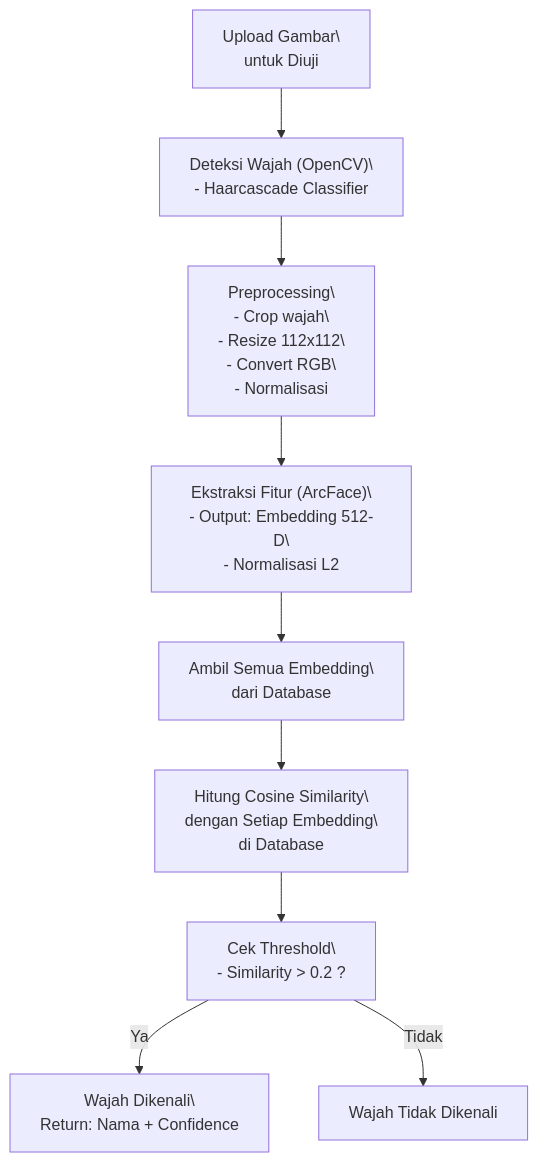
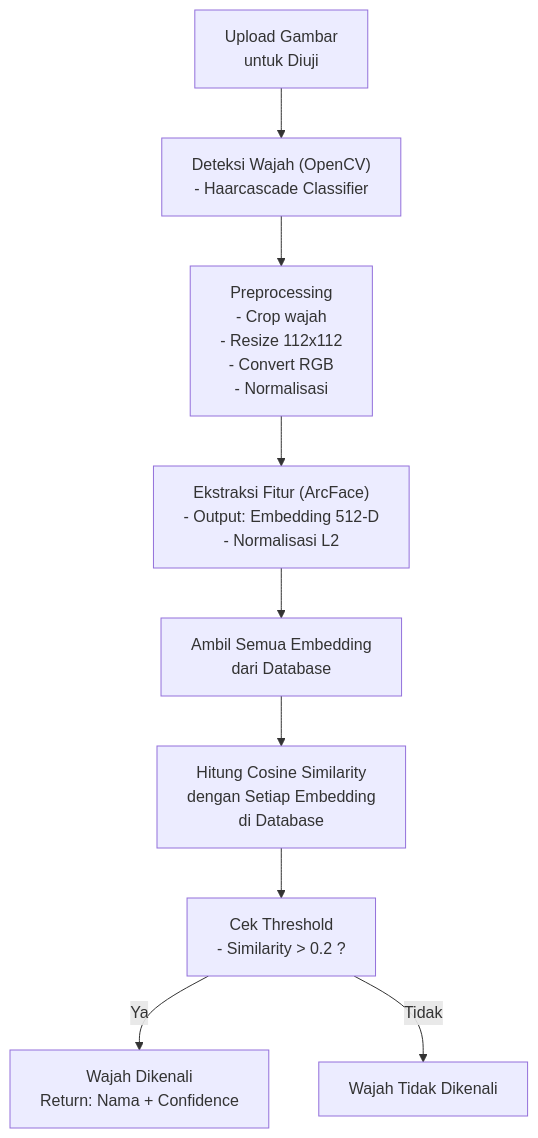
One commit to FridhaMegantaraPutra/facerecognition_arcface changed the diagram in README.md. Above: the diagram before and after it, drawn with Mermaid.

````diff
--- a/README.md
+++ b/README.md
@@ -84,14 +84,15 @@
 ```mermaid
 flowchart TD
-    A["Upload Gambar\\nuntuk Diuji"] --> B["Deteksi Wajah (OpenCV)\\n- Haarcascade Classifier"]
-    B --> C["Preprocessing\\n- Crop wajah\\n- Resize 112x112\\n- Convert RGB\\n- Normalisasi"]
-    C --> D["Ekstraksi Fitur (ArcFace)\\n- Output: Embedding 512-D\\n- Normalisasi L2"]
-    D --> E["Ambil Semua Embedding\\ndari Database"]
-    E --> F["Hitung Cosine Similarity\\ndengan Setiap Embedding\\ndi Database"]
-    F --> G["Cek Threshold\\n- Similarity > 0.2 ?"]
+    A["Upload Gambar<br>untuk Diuji"] --> B["Deteksi Wajah (OpenCV)<br>- Haarcascade Classifier"]
+    B --> C["Preprocessing<br>- Crop wajah<br>- Resize 112x112<br>- Convert RGB<br>- Normalisasi"]
+    C --> D["Ekstraksi Fitur (ArcFace)<br>- Output: Embedding 512-D<br>- Normalisasi L2"]
+    D --> E["Ambil Semua Embedding<br>dari Database"]
+    E --> F["Hitung Cosine Similarity<br>dengan Setiap Embedding<br>di Database"]
+    F --> G["Cek Threshold<br>- Similarity > 0.2 ?"]
     
-    G -->|Ya| H["Wajah Dikenali\\nReturn: Nama + Confidence"]
+    G -->|Ya| H["Wajah Dikenali<br>Return: Nama + Confidence"]
     G -->|Tidak| I["Wajah Tidak Dikenali"]
 
 
+
 ```
````
